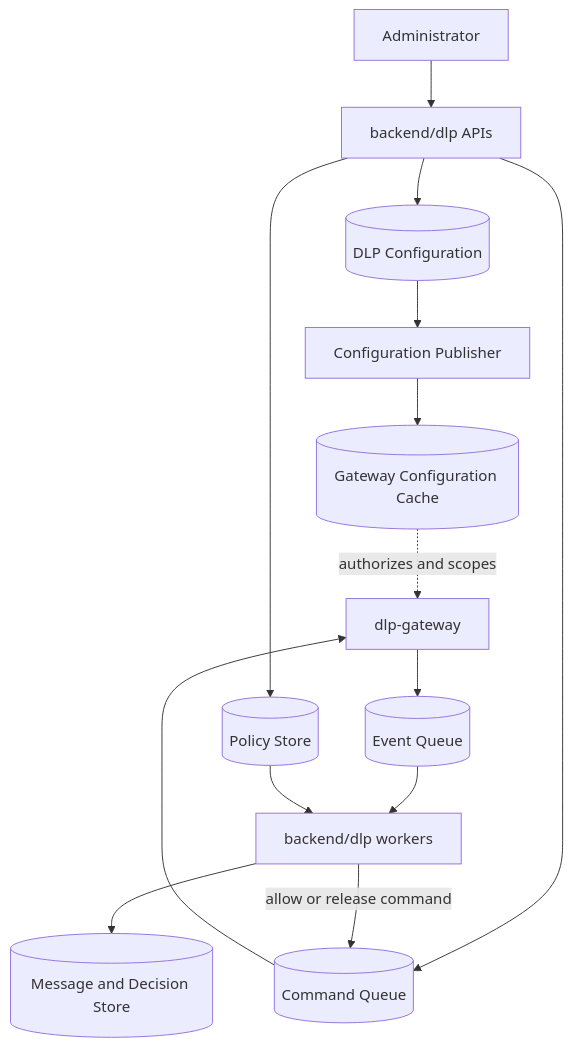
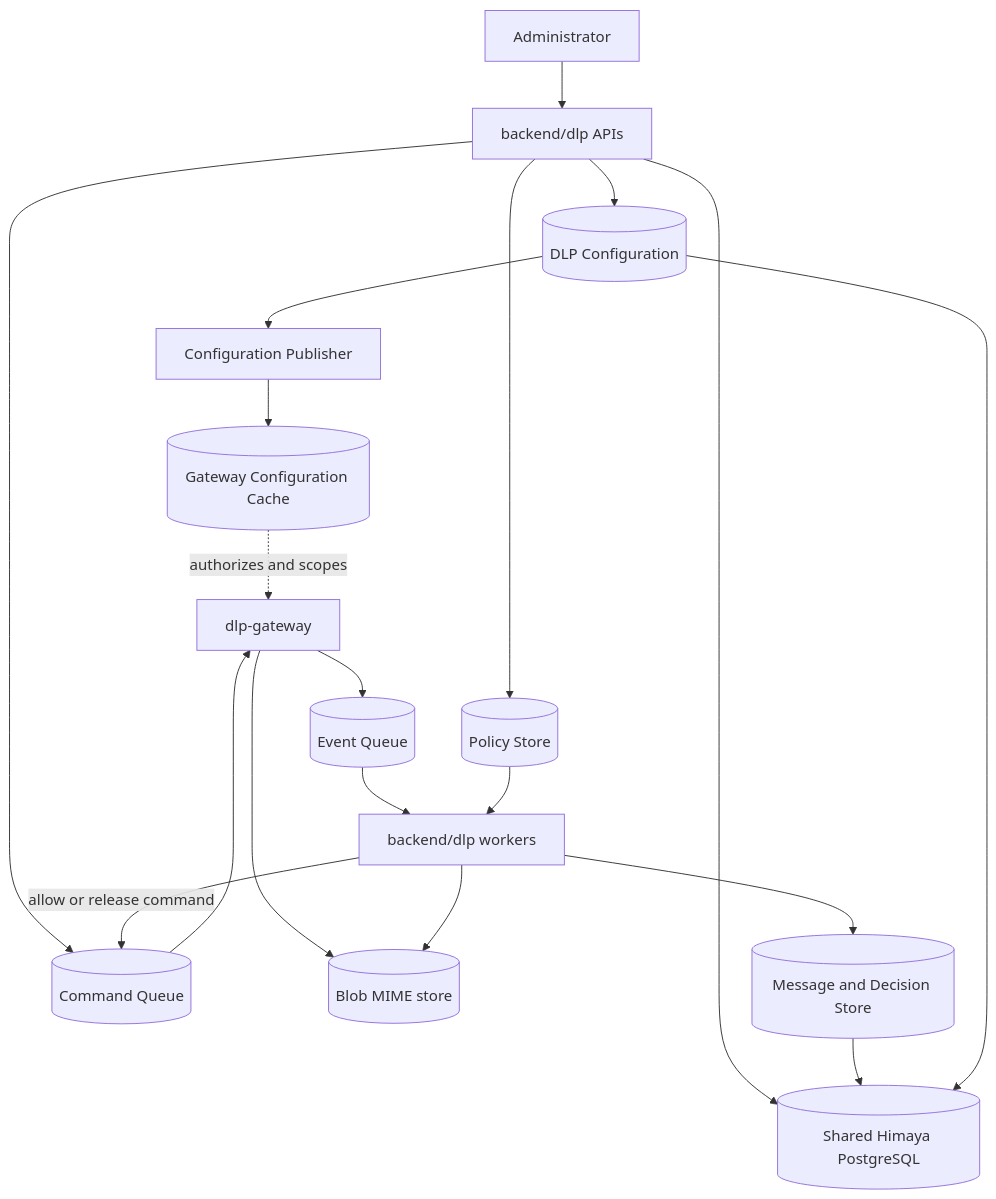
One commit to Himaya-AI/himaya-prod-azure changed the third of 4 diagrams in docs/DLP_BACKEND_IMPLEMENTATION_ROADMAP.md. Above: the diagram before and after it, drawn with Mermaid. The commit also changed other lines of this file and 1 other file, not shown here.

First line of the commit message:
Document shared Himaya Azure resources and fix DLP architecture diagrams.

````diff
--- a/docs/DLP_BACKEND_IMPLEMENTATION_ROADMAP.md
+++ b/docs/DLP_BACKEND_IMPLEMENTATION_ROADMAP.md
@@ -236,19 +277,24 @@
 ```mermaid
 flowchart TD
     Admin[Administrator] --> API[backend/dlp APIs]
     API --> Config[(DLP Configuration)]
     API --> Commands[(Command Queue)]
     API --> Policies[(Policy Store)]
 
     Config --> Publisher[Configuration Publisher]
     Publisher --> Cache[(Gateway Configuration Cache)]
 
-    Gateway[dlp-gateway] --> Events[(Event Queue)]
+    Gateway[dlp-gateway] --> MIME[(Blob MIME store)]
+    Gateway --> Events[(Event Queue)]
     Events --> AppWorkers[backend/dlp workers]
     AppWorkers --> Decisions[(Message and Decision Store)]
     AppWorkers -->|allow or release command| Commands
     Commands --> Gateway
 
     Policies --> AppWorkers
     Cache -. authorizes and scopes .-> Gateway
+    API --> PG[(Shared Himaya PostgreSQL)]
+    Decisions --> PG
+    Config --> PG
+    AppWorkers --> MIME
 ```
````
